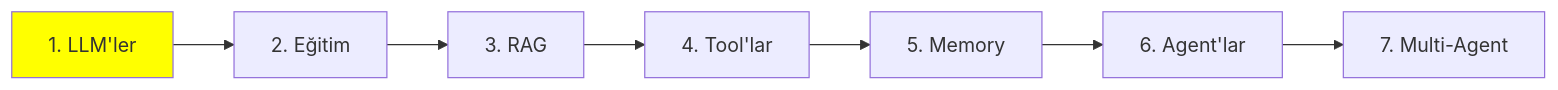
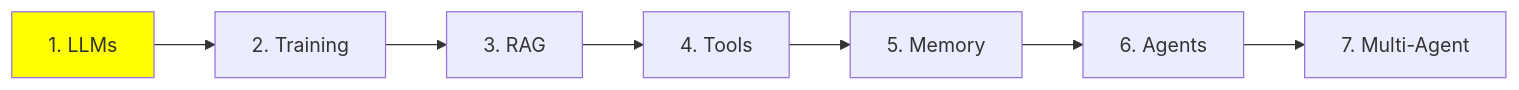
The third of 3 diagrams in sections/1_fundamentals/1_llms_tr.md (lokumai/ai-engineering-bazaar), drawn with Mermaid before and after one commit. The commit also changed other lines of this file and 4 other files, not shown here.

````diff
--- a/sections/1_fundamentals/1_llms_tr.md
+++ b/sections/1_fundamentals/1_llms_tr.md
@@ -279,10 +281,10 @@
 ```mermaid
 graph LR
-    A["1. LLM'ler"] --> B["2. Eğitim"]
+    A["1. LLMs"] --> B["2. Training"]
     B --> C["3. RAG"]
-    C --> D["4. Tool'lar"]
+    C --> D["4. Tools"]
     D --> E["5. Memory"]
-    E --> F["6. Agent'lar"]
+    E --> F["6. Agents"]
     F --> G["7. Multi-Agent"]
     style A fill:#FFFF00
 ```
````
